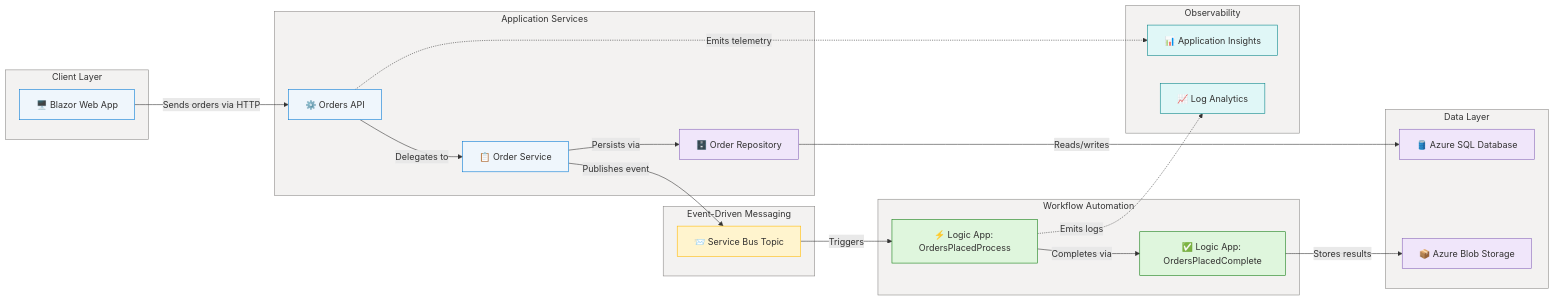
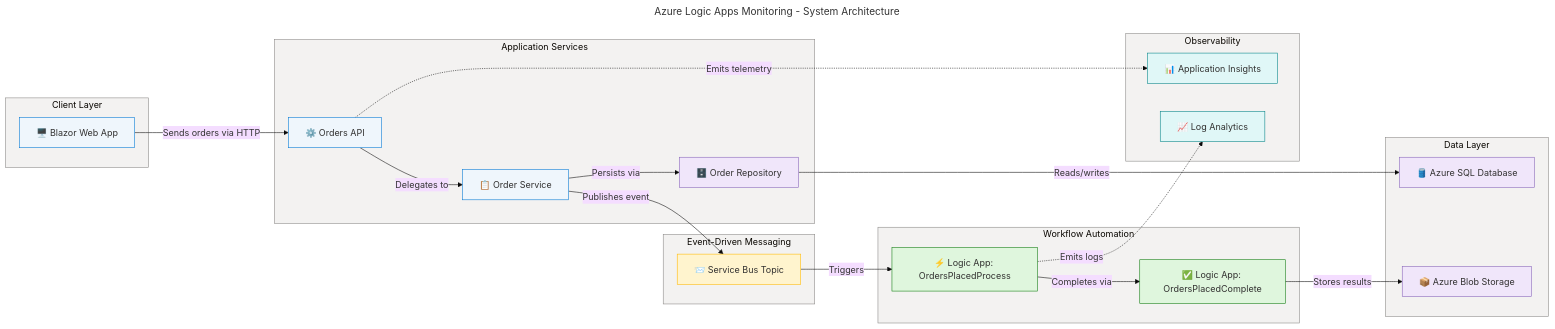
One commit to Evilazaro/Azure-LogicApps-Monitoring changed the diagram in README.md. Above: the diagram before and after it, drawn with Mermaid. The commit also changed other lines of this file, not shown here.

Commit message:
Update README.md to enhance architecture diagram and overview sections for clarity and detail

````diff
--- a/README.md
+++ b/README.md
@@ -41,69 +41,77 @@
 ```mermaid
-%% ═══════════════════════════════════════════════════════════════════════════
-%% AZURE / FLUENT ARCHITECTURE PATTERN v1.1
-%% (Semantic + Structural + Font + Accessibility Governance)
-%% ═══════════════════════════════════════════════════════════════════════════
-%% PHASE 1 - FLUENT UI: All styling uses approved Fluent UI palette only
-%% PHASE 2 - GROUPS: Every subgraph has semantic color via style directive
-%% PHASE 3 - COMPONENTS: Every node has semantic classDef + icon prefix
-%% PHASE 4 - ACCESSIBILITY: accTitle/accDescr present, WCAG AA contrast
-%% PHASE 5 - STANDARD: Governance block present, classDefs centralized
-%% ═══════════════════════════════════════════════════════════════════════════
-
-graph LR
+---
+title: "Azure Logic Apps Monitoring - System Architecture"
+config:
+  theme: base
+  look: classic
+  layout: dagre
+  flowchart:
+    htmlLabels: true
+---
+flowchart LR
+    %% ═══════════════════════════════════════════════════════════════════════════
+    %% AZURE / FLUENT ARCHITECTURE PATTERN v1.1
+    %% (Semantic + Structural + Font + Accessibility Governance)
+    %% ═══════════════════════════════════════════════════════════════════════════
+    %% PHASE 1 - FLUENT UI: All styling uses approved Fluent UI palette only
+    %% PHASE 2 - GROUPS: Every subgraph has semantic color via style directive
+    %% PHASE 3 - COMPONENTS: Every node has semantic classDef + icon prefix
+    %% PHASE 4 - ACCESSIBILITY: accTitle/accDescr present, WCAG AA contrast
+    %% PHASE 5 - STANDARD: Governance block present, classDefs centralized
+    %% ═══════════════════════════════════════════════════════════════════════════
     accTitle: Azure Logic Apps Monitoring Architecture
     accDescr: Distributed microservices architecture showing the Blazor frontend, Orders API, Azure Service Bus messaging, Logic Apps workflow processing, and data storage components.
 
     classDef neutral fill:#FAFAFA,stroke:#8A8886,color:#323130
     classDef core fill:#EFF6FC,stroke:#0078D4,color:#323130
     classDef success fill:#DFF6DD,stroke:#107C10,color:#323130
     classDef warning fill:#FFF4CE,stroke:#FFB900,color:#323130
     classDef data fill:#F0E6FA,stroke:#8764B8,color:#323130
     classDef external fill:#E0F7F7,stroke:#038387,color:#323130
 
     subgraph Clients["Client Layer"]
         A["🖥️ Blazor Web App"]:::core
     end
     style Clients fill:#F3F2F1,stroke:#8A8886
 
     subgraph Services["Application Services"]
         B["⚙️ Orders API"]:::core
         C["📋 Order Service"]:::core
         D["🗄️ Order Repository"]:::data
     end
     style Services fill:#F3F2F1,stroke:#8A8886
 
     subgraph Messaging["Event-Driven Messaging"]
         E["📨 Service Bus Topic"]:::warning
     end
     style Messaging fill:#F3F2F1,stroke:#8A8886
 
     subgraph Workflows["Workflow Automation"]
         F["⚡ Logic App: OrdersPlacedProcess"]:::success
         G["✅ Logic App: OrdersPlacedComplete"]:::success
     end
     style Workflows fill:#F3F2F1,stroke:#8A8886
 
     subgraph DataStores["Data Layer"]
         H["🛢️ Azure SQL Database"]:::data
         I["📦 Azure Blob Storage"]:::data
     end
     style DataStores fill:#F3F2F1,stroke:#8A8886
 
     subgraph Observability["Observability"]
         J["📊 Application Insights"]:::external
         K["📈 Log Analytics"]:::external
     end
     style Observability fill:#F3F2F1,stroke:#8A8886
 
     A -->|"Sends orders via HTTP"| B
     B -->|"Delegates to"| C
     C -->|"Persists via"| D
     D -->|"Reads/writes"| H
     C -->|"Publishes event"| E
     E -->|"Triggers"| F
     F -->|"Completes via"| G
     G -->|"Stores results"| I
     B -.->|"Emits telemetry"| J
     F -.->|"Emits logs"| K
 ```
````
